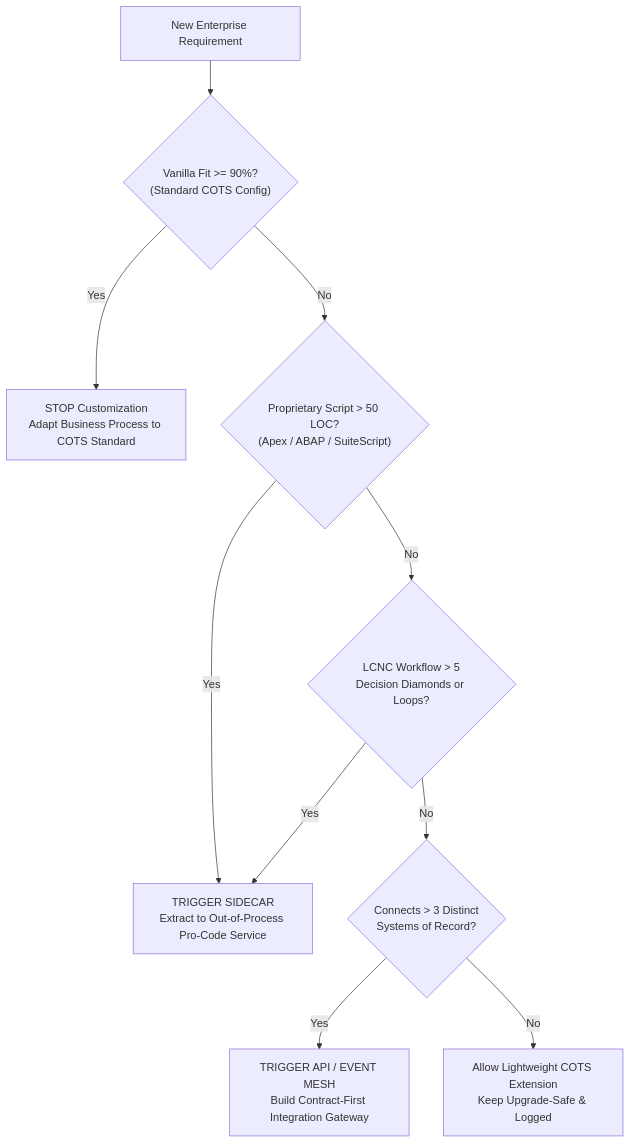
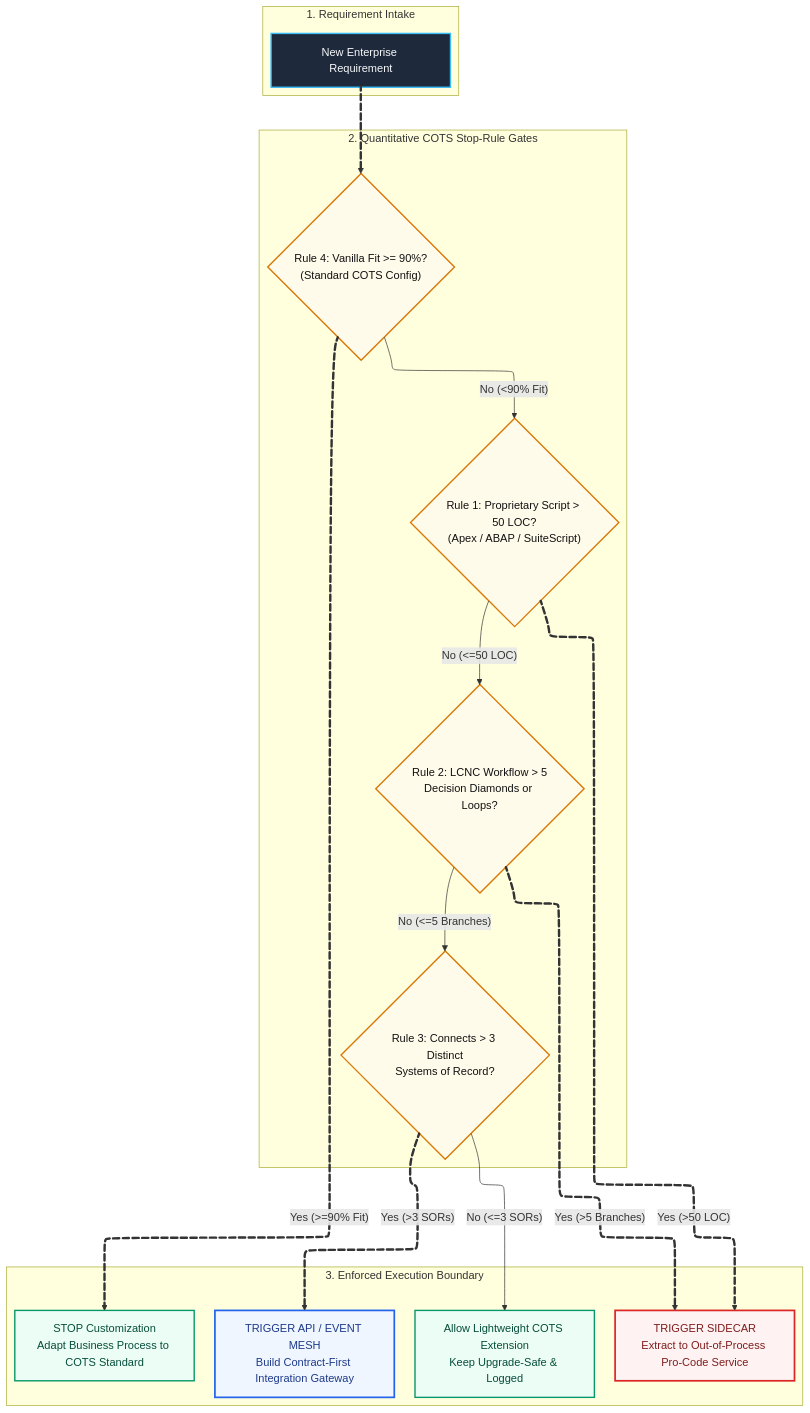
The first of 3 diagrams in src/content/blog/clean-core-sidecars-and-cots-stop-rules.md (kumarshaz/kumarshaz.github.io), drawn with Mermaid before and after one commit. The commit also changed other lines of this file and 22 other files, not shown here.

Commit message:
feat(blog): review 6 new posts, add hero banners, and upgrade Mermaid v12 with ELK & Tidy-Tree

````diff
--- a/src/content/blog/clean-core-sidecars-and-cots-stop-rules.md
+++ b/src/content/blog/clean-core-sidecars-and-cots-stop-rules.md
@@ -62,12 +57,46 @@
 ```mermaid
+---
+config:
+  layout: elk
+---
 flowchart TD
-    Req["New Enterprise Requirement"] --> R4{"Vanilla Fit >= 90%?\n(Standard COTS Config)"}
-    R4 -->|Yes| Vanilla["STOP Customization\nAdapt Business Process to COTS Standard"]
-    R4 -->|No| R1{"Proprietary Script > 50 LOC?\n(Apex / ABAP / SuiteScript)"}
-    R1 -->|Yes| Sidecar["TRIGGER SIDECAR\nExtract to Out-of-Process Pro-Code Service"]
-    R1 -->|No| R2{"LCNC Workflow > 5\nDecision Diamonds or Loops?"}
-    R2 -->|Yes| Sidecar
-    R2 -->|No| R3{"Connects > 3 Distinct\nSystems of Record?"}
-    R3 -->|Yes| ESB["TRIGGER API / EVENT MESH\nBuild Contract-First Integration Gateway"]
-    R3 -->|No| CoreSafe["Allow Lightweight COTS Extension\nKeep Upgrade-Safe & Logged"]
+    subgraph Intake["1. Requirement Intake"]
+        Req["New Enterprise Requirement"]:::intakeNode
+    end
+
+    subgraph CircuitBreakers["2. Quantitative COTS Stop-Rule Gates"]
+        R4{"Rule 4: Vanilla Fit >= 90%?\n(Standard COTS Config)"}:::gateNode
+        R1{"Rule 1: Proprietary Script > 50 LOC?\n(Apex / ABAP / SuiteScript)"}:::gateNode
+        R2{"Rule 2: LCNC Workflow > 5\nDecision Diamonds or Loops?"}:::gateNode
+        R3{"Rule 3: Connects > 3 Distinct\nSystems of Record?"}:::gateNode
+    end
+
+    subgraph ExecutionTargets["3. Enforced Execution Boundary"]
+        Vanilla["STOP Customization\nAdapt Business Process to COTS Standard"]:::safeNode
+        Sidecar["TRIGGER SIDECAR\nExtract to Out-of-Process Pro-Code Service"]:::dangerNode
+        ESB["TRIGGER API / EVENT MESH\nBuild Contract-First Integration Gateway"]:::accentNode
+        CoreSafe["Allow Lightweight COTS Extension\nKeep Upgrade-Safe & Logged"]:::safeNode
+    end
+
+    Req e0@==> R4
+    R4 e1@==>|"Yes (>=90% Fit)"| Vanilla
+    R4 e2@-->|"No (<90% Fit)"| R1
+    R1 e3@==>|"Yes (>50 LOC)"| Sidecar
+    R1 e4@-->|"No (<=50 LOC)"| R2
+    R2 e5@==>|"Yes (>5 Branches)"| Sidecar
+    R2 e6@-->|"No (<=5 Branches)"| R3
+    R3 e7@==>|"Yes (>3 SORs)"| ESB
+    R3 e8@-->|"No (<=3 SORs)"| CoreSafe
+
+    e0@{ animate: true }
+    e1@{ animate: true }
+    e3@{ animate: true }
+    e5@{ animate: true }
+    e7@{ animate: true }
+
+    classDef intakeNode fill:#1E293B,stroke:#38BDF8,stroke-width:2px,color:#F8FAFC
+    classDef gateNode fill:#FFFBEB,stroke:#D97706,stroke-width:2px,color:#111111
+    classDef dangerNode fill:#FEF2F2,stroke:#DC2626,stroke-width:2.5px,color:#7F1D1D
+    classDef accentNode fill:#EFF6FF,stroke:#2563EB,stroke-width:2.5px,color:#1E3A8A
+    classDef safeNode fill:#ECFDF5,stroke:#059669,stroke-width:2px,color:#064E3B
 ```
````
